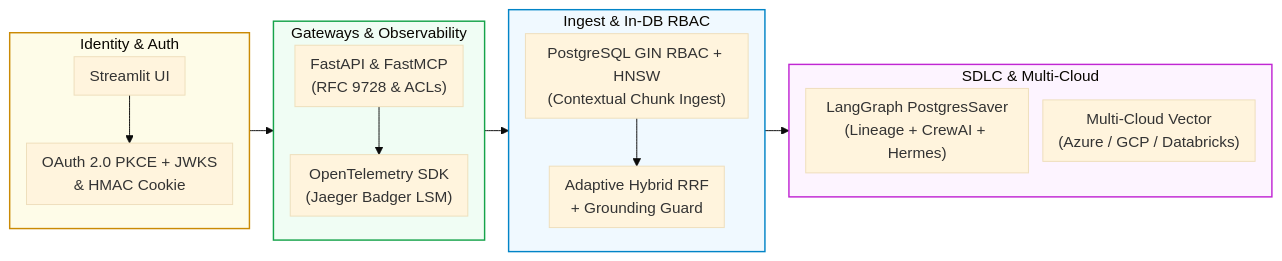
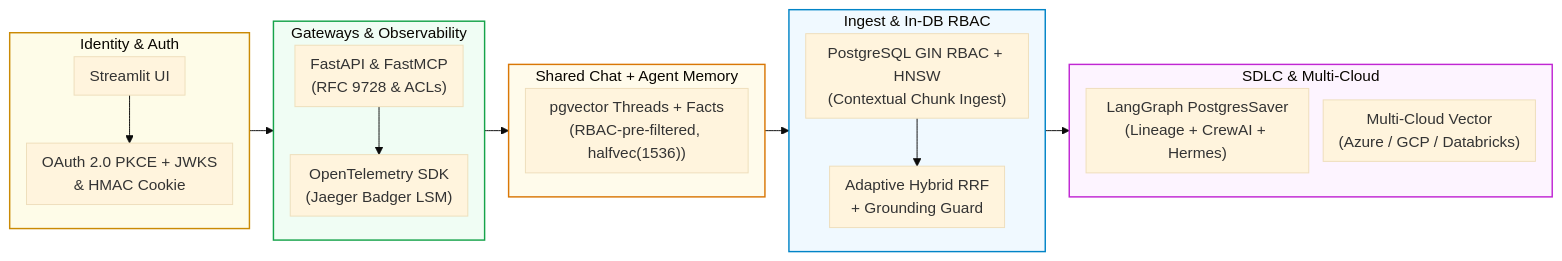
Before and after one commit to Kenono2000/enterprise-rag-pgvector-rbac: the first of 9 diagrams in README.md, drawn with Mermaid (base theme). The commit also changed other lines of this file and 12 other files, not shown here.

First line of the commit message:
feat(memory): introduce shared chat and agent memory store

````diff
--- a/README.md
+++ b/README.md
@@ -5,26 +5,31 @@
 ```mermaid
 %%{init: {'flowchart': {'nodeSpacing': 15, 'rankSpacing': 25, 'padding': 8}}}%%
 flowchart LR
     subgraph Identity ["Identity & Auth"]
         direction TB
         UI["Streamlit UI"] --> PKCE["OAuth 2.0 PKCE + JWKS<br/>& HMAC Cookie"]
     end
     subgraph Gateways ["Gateways & Observability"]
         direction TB
         API["FastAPI & FastMCP<br/>(RFC 9728 & ACLs)"] --> OTel["OpenTelemetry SDK<br>(Jaeger Badger LSM)"]
     end
+    subgraph SharedMem ["Shared Chat + Agent Memory"]
+        direction TB
+        SM["pgvector Threads + Facts<br/>(RBAC-pre-filtered, halfvec(1536))"]
+    end
     subgraph RAGCore ["Ingest & In-DB RBAC"]
         direction TB
         PG["PostgreSQL GIN RBAC + HNSW<br>(Contextual Chunk Ingest)"] --> RRF["Adaptive Hybrid RRF<br>+ Grounding Guard"]
     end
     subgraph CloudAndSDLC ["SDLC & Multi-Cloud"]
         direction TB
         SDLC["LangGraph PostgresSaver<br>(Lineage + CrewAI + Hermes)"]
         Clouds["Multi-Cloud Vector<br>(Azure / GCP / Databricks)"]
     end
-    Identity --> Gateways --> RAGCore --> CloudAndSDLC
+    Identity --> Gateways --> SharedMem --> RAGCore --> CloudAndSDLC
     style Identity fill:#fefce8,stroke:#ca8a04,stroke-width:1.5px
     style Gateways fill:#f0fdf4,stroke:#16a34a,stroke-width:1.5px
+    style SharedMem fill:#fffbeb,stroke:#d97706,stroke-width:1.5px
     style RAGCore fill:#f0f9ff,stroke:#0284c7,stroke-width:1.5px
     style CloudAndSDLC fill:#fdf4ff,stroke:#c026d3,stroke-width:1.5px
 ```
````
